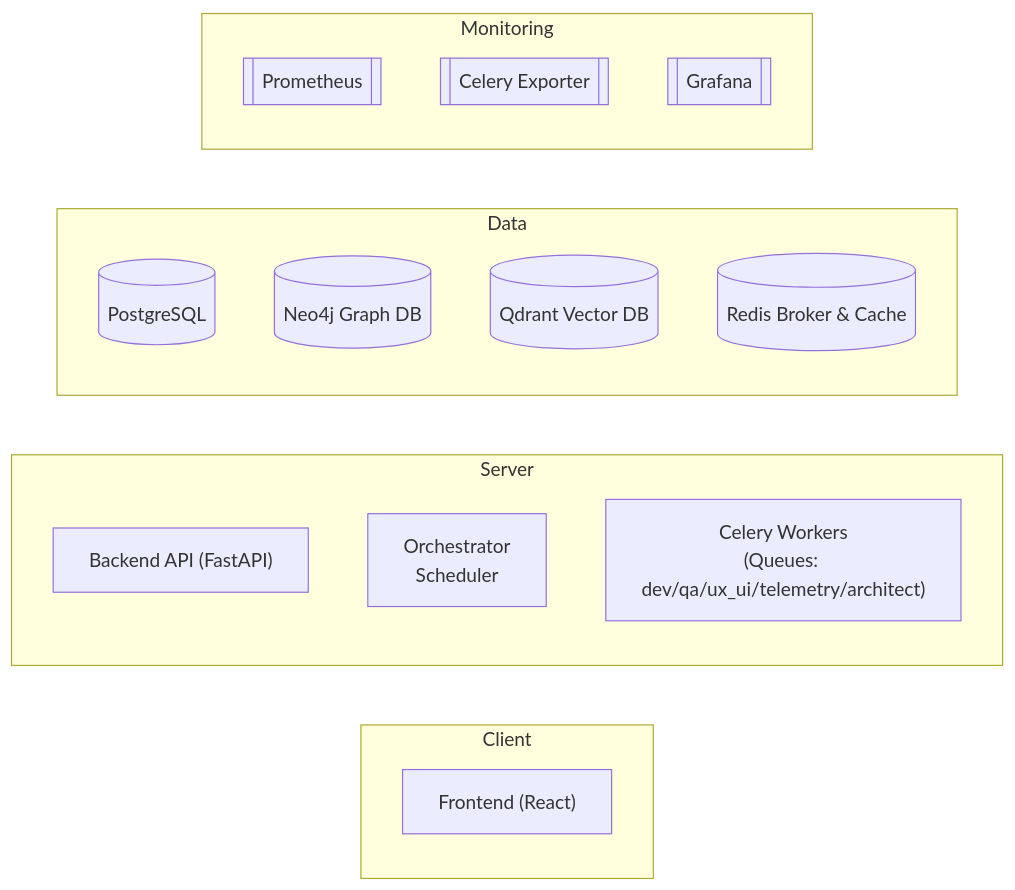
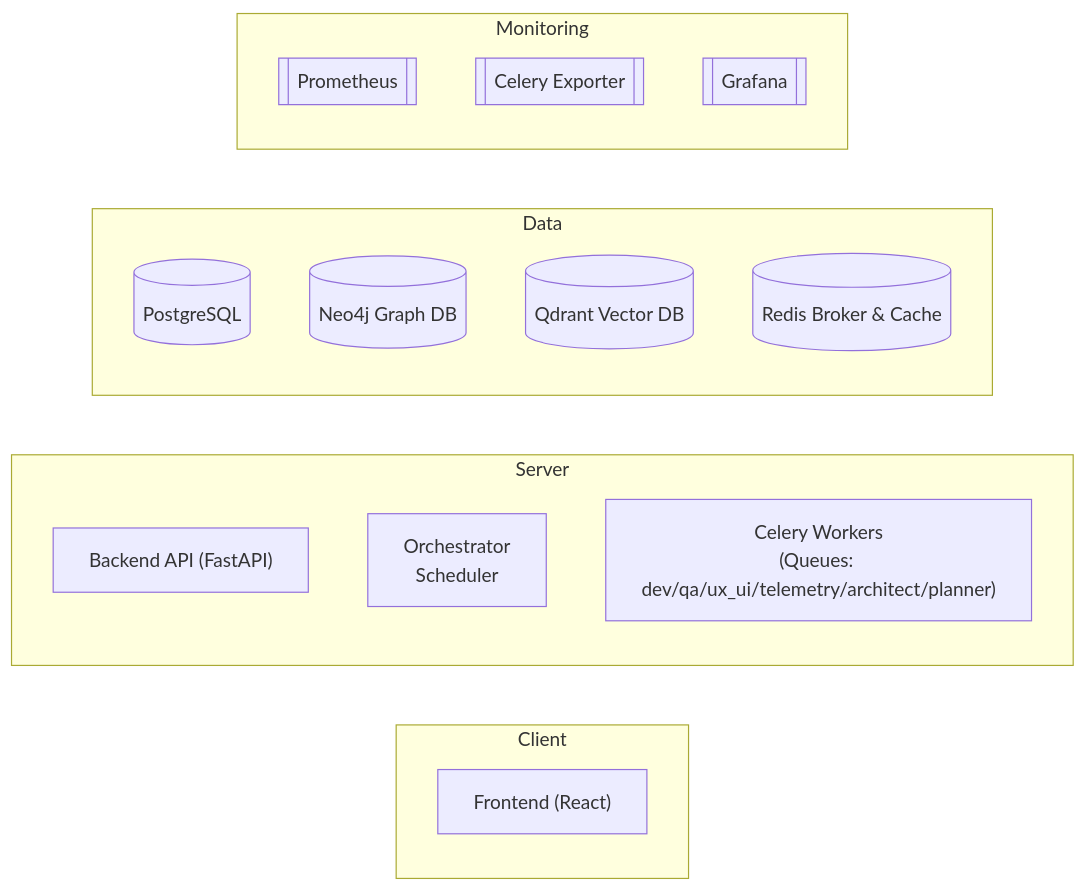
One commit to 3lC4pt41n/ai_org_prototype changed the first of 3 diagrams in README.md. Above: the diagram before and after it, drawn with Mermaid. The commit also changed other lines of this file and 6 other files, not shown here.

````diff
--- a/README.md
+++ b/README.md
@@ -56,41 +56,41 @@
 ```mermaid
 flowchart LR
 
 subgraph Client
 
 UI["Frontend (React)"]
 
 end
 
 subgraph Server
 
 API["Backend API (FastAPI)"]
 
 ORCH["Orchestrator\nScheduler"]
 
-CELERY["Celery Workers\n(Queues: dev/qa/ux_ui/telemetry/architect)"]
+CELERY["Celery Workers\n(Queues: dev/qa/ux_ui/telemetry/architect/planner)"]
 
 end
 
 subgraph Data
 
 PG[(PostgreSQL)]
 
 Neo4j[(Neo4j Graph DB)]
 
 Qdrant[(Qdrant Vector DB)]
 
 Redis[(Redis Broker & Cache)]
 
 end
 
 subgraph Monitoring
 
 Prom[[Prometheus]]
 
 Exporter[[Celery Exporter]]
 
 Grafana[[Grafana]]
 
 end
 ```
````
